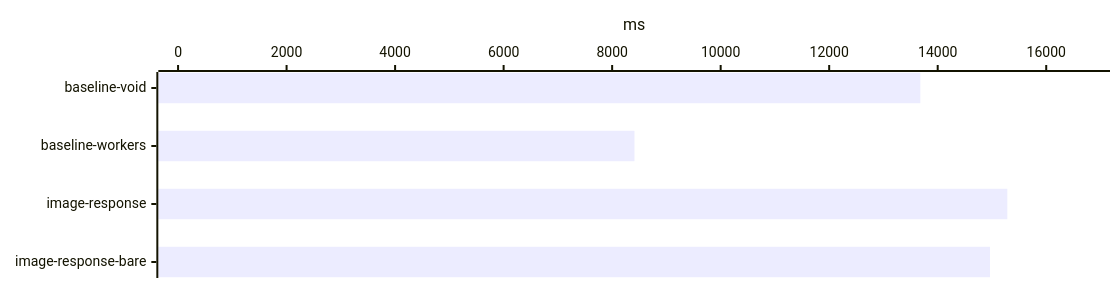
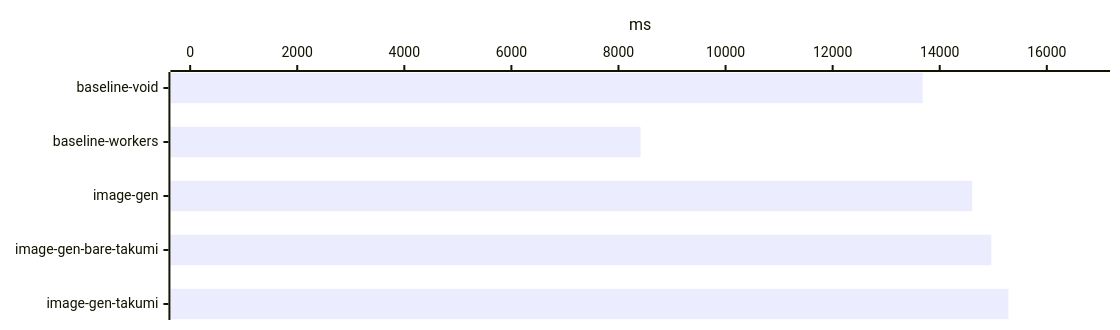
One commit to voidzero-dev/void changed the sixth of 25 diagrams in benchmark/report.md. Above: the diagram before and after it, drawn with Mermaid. The commit also changed other lines of this file and 41 other files, not shown here.

````diff
--- a/benchmark/report.md
+++ b/benchmark/report.md
@@ -115,12 +117,12 @@
 ```mermaid
 ---
 config:
   xyChart:
     width: 1100
-    height: 268
+    height: 310
 ---
 xychart-beta horizontal
-    x-axis ["baseline-void", "baseline-workers", "image-response", "image-response-bare"]
+    x-axis ["baseline-void", "baseline-workers", "image-gen", "image-gen-bare-takumi", "image-gen-takumi"]
     y-axis "ms" 0 --> 16811.684
-    bar [13680.044, 8411.5204, 15283.349, 14963.854]
+    bar [13680.044, 8411.5204, 14607.731, 14963.854, 15283.349]
 ```
````
